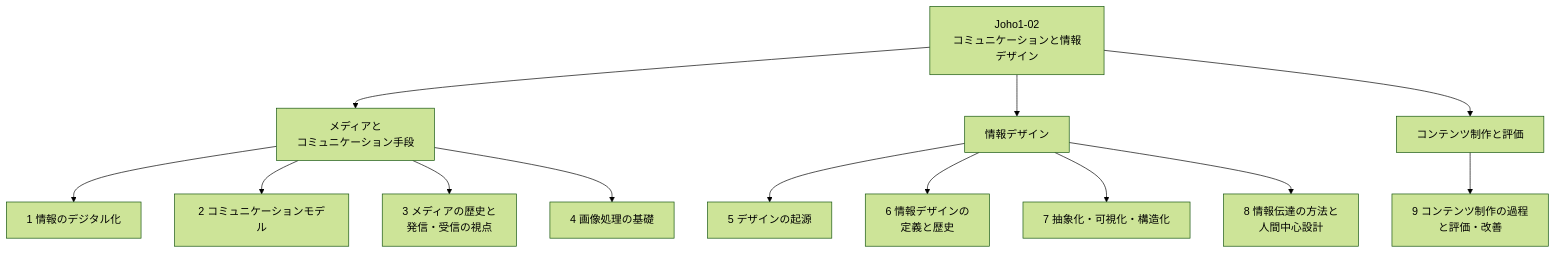
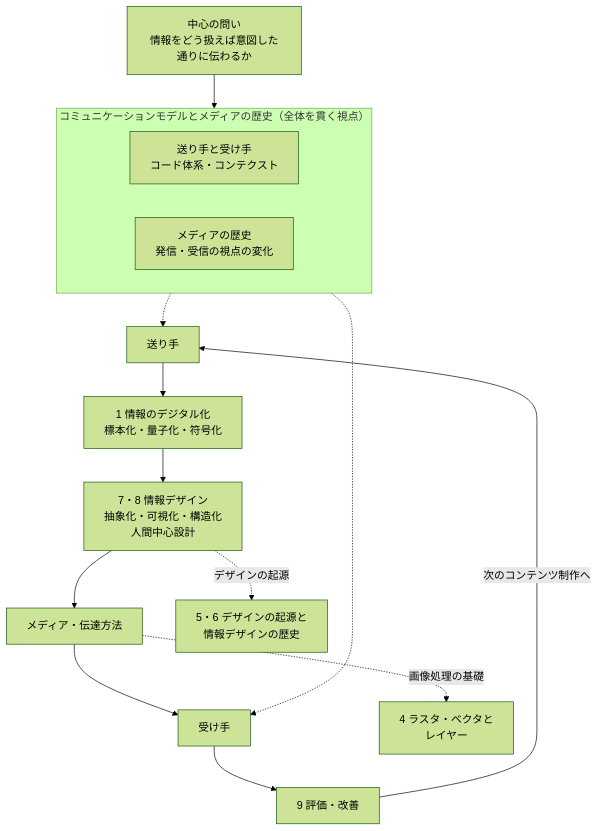
One commit to miyataka/cszap changed the diagram in docs/Joho1/Joho1-02.md. Above: the diagram before and after it, drawn with Mermaid (forest theme). The commit also changed other lines of this file and 28 other files, not shown here.

First line of the commit message:
docs: redesign 全体像 diagrams per unit (29 pages)

````diff
--- a/docs/Joho1/Joho1-02.md
+++ b/docs/Joho1/Joho1-02.md
@@ -11,15 +11,27 @@
 ```mermaid
-graph TD
-  A[Joho1-02<br/>コミュニケーションと情報デザイン] --> G1[メディアと<br/>コミュニケーション手段]
-  A --> G2[情報デザイン]
-  A --> G3[コンテンツ制作と評価]
-  G1 --> S1[1 情報のデジタル化]
-  G1 --> S2[2 コミュニケーションモデル]
-  G1 --> S3[3 メディアの歴史と<br/>発信・受信の視点]
-  G1 --> S4[4 画像処理の基礎]
-  G2 --> S5[5 デザインの起源]
-  G2 --> S6[6 情報デザインの<br/>定義と歴史]
-  G2 --> S7[7 抽象化・可視化・構造化]
-  G2 --> S8[8 情報伝達の方法と<br/>人間中心設計]
-  G3 --> S9[9 コンテンツ制作の過程<br/>と評価・改善]
+flowchart TD
+  Q["中心の問い<br/>情報をどう扱えば意図した通りに伝わるか"]
+
+  subgraph CTX["コミュニケーションモデルとメディアの歴史（全体を貫く視点）"]
+    direction LR
+    CM["送り手と受け手<br/>コード体系・コンテクスト"]
+    MH["メディアの歴史<br/>発信・受信の視点の変化"]
+  end
+
+  SENDER["送り手"]
+  RECEIVER["受け手"]
+
+  Q --> CTX
+  CTX -.-> SENDER
+  CTX -.-> RECEIVER
+
+  SENDER --> DIGI["1 情報のデジタル化<br/>標本化・量子化・符号化"]
+  DIGI --> DESIGN["7・8 情報デザイン<br/>抽象化・可視化・構造化<br/>人間中心設計"]
+  DESIGN --> DELIVER["メディア・伝達方法"]
+  DELIVER --> RECEIVER
+  RECEIVER --> EVAL["9 評価・改善"]
+  EVAL -->|次のコンテンツ制作へ| SENDER
+
+  DESIGN -.->|デザインの起源| ORIGIN["5・6 デザインの起源と<br/>情報デザインの歴史"]
+  DELIVER -.->|画像処理の基礎| IMG["4 ラスタ・ベクタと<br/>レイヤー"]
 ```
````
